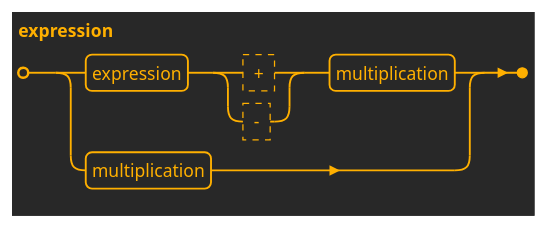
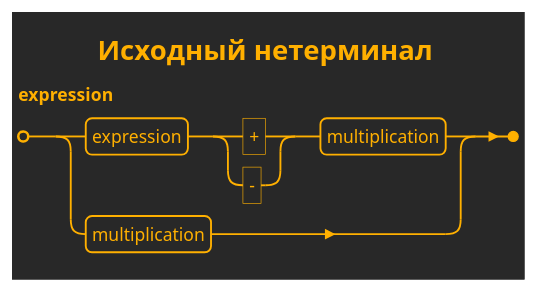
The fifth of 10 diagrams in Domain/MURQ.Domain/URQL/docs/URQL Lines Syntax.md (realsonic/MURQ), drawn with PlantUML before and after one commit. The commit also changed other lines of this file and 6 other files, not shown here.

````diff
--- a/Domain/MURQ.Domain/URQL/docs/URQL Lines Syntax.md
+++ b/Domain/MURQ.Domain/URQL/docs/URQL Lines Syntax.md
@@ -88,9 +100,11 @@
 ```plantuml
-@startebnf joinedStatements
+@startebnf Исходный expression
 !theme crt-amber
 
+title Исходный нетерминал
+
 expression =
-    expression, (? + ? | ? - ?), multiplication
+    expression, ('+' | '-'), multiplication
   | multiplication;
 @endebnf
 ```
````
